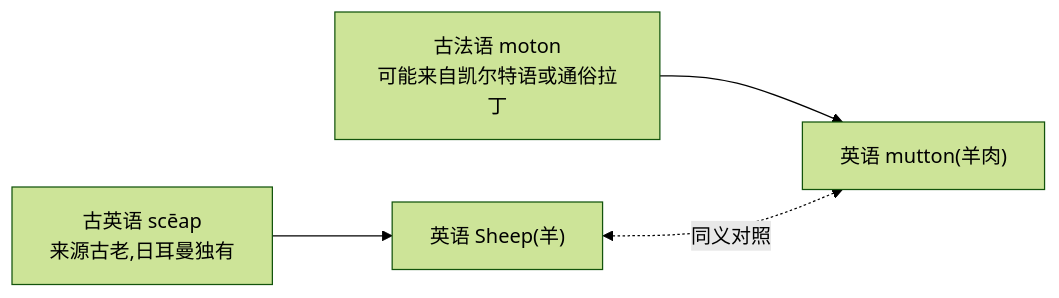
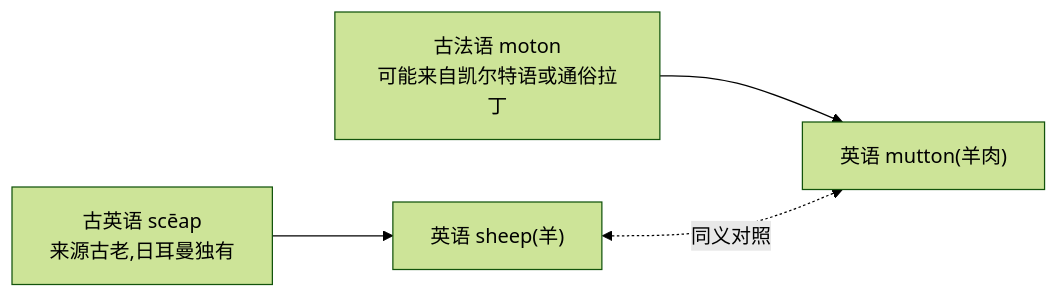
One commit to swiftczz/roots-affixes-book changed the fifth of 8 diagrams in 05-法语之饰/第24章-厨房里的征服.md. Above: the diagram before and after it, drawn with Mermaid (forest theme). The commit also changed 8 other files, not shown here.

````diff
--- a/05-法语之饰/第24章-厨房里的征服.md
+++ b/05-法语之饰/第24章-厨房里的征服.md
@@ -96,6 +96,6 @@
 ```mermaid
 flowchart LR
-    OE_SHEEP["古英语 scēap<br/>来源古老,日耳曼独有"] --> ENG_SHEEP["英语 Sheep(羊)"]
+    OE_SHEEP["古英语 scēap<br/>来源古老,日耳曼独有"] --> ENG_SHEEP["英语 sheep(羊)"]
     OF_MOTON["古法语 moton<br/>可能来自凯尔特语或通俗拉丁"] --> ENG_MUTTON["英语 mutton(羊肉)"]
     ENG_SHEEP <-.->|"同义对照"| ENG_MUTTON
 ```
````
